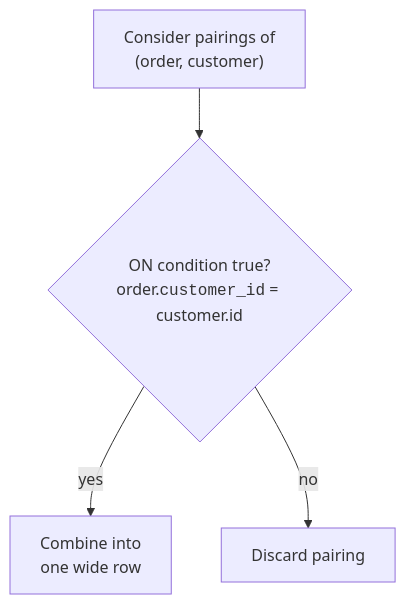
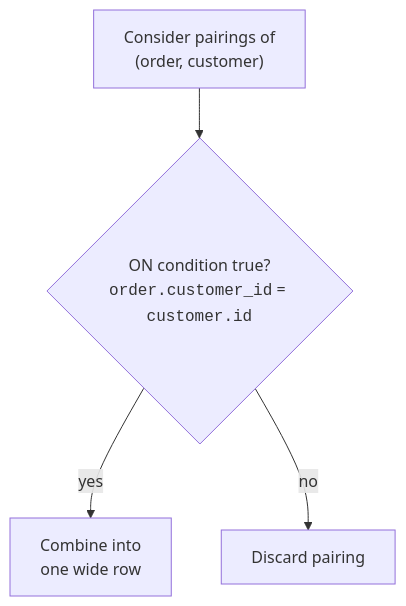
The second of 2 diagrams in content/courses/intro-sql-postgres/understanding-joins.mdx (dataslope/dataslope), drawn with Mermaid before and after one commit. The commit also changed 65 other files, not shown here.

First line of the commit message:
Set code in every mermaid label in the mono face

````diff
--- a/content/courses/intro-sql-postgres/understanding-joins.mdx
+++ b/content/courses/intro-sql-postgres/understanding-joins.mdx
@@ -167,6 +167,6 @@
 ```mermaid
 flowchart TB
-    P["Consider pairings of<br/>(order, customer)"] --> T{"ON condition true?<br/>order.<code>customer_id</code> = customer.id"}
+    P["Consider pairings of<br/>(order, customer)"] --> T{"ON condition true?<br/><code>order.customer_id</code> = <code>customer.id</code>"}
     T -->|"yes"| K["Combine into<br/>one wide row"]
     T -->|"no"| D["Discard pairing"]
 ```
````
